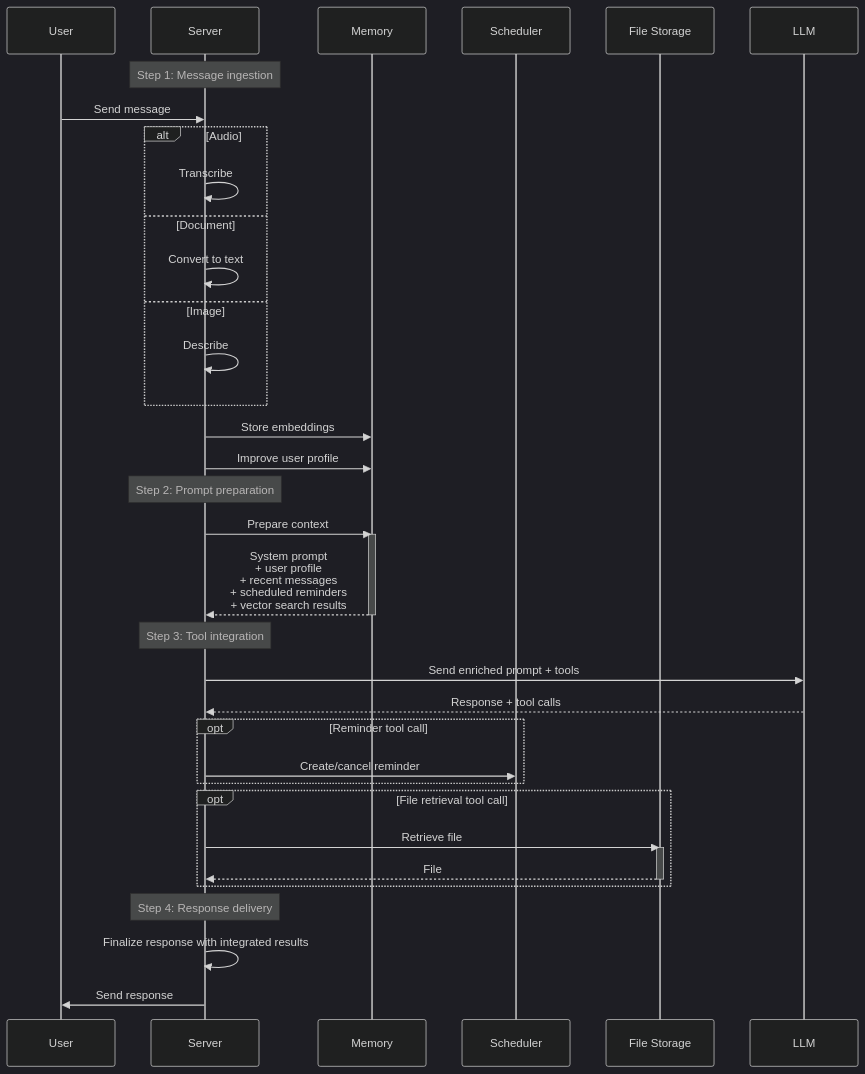
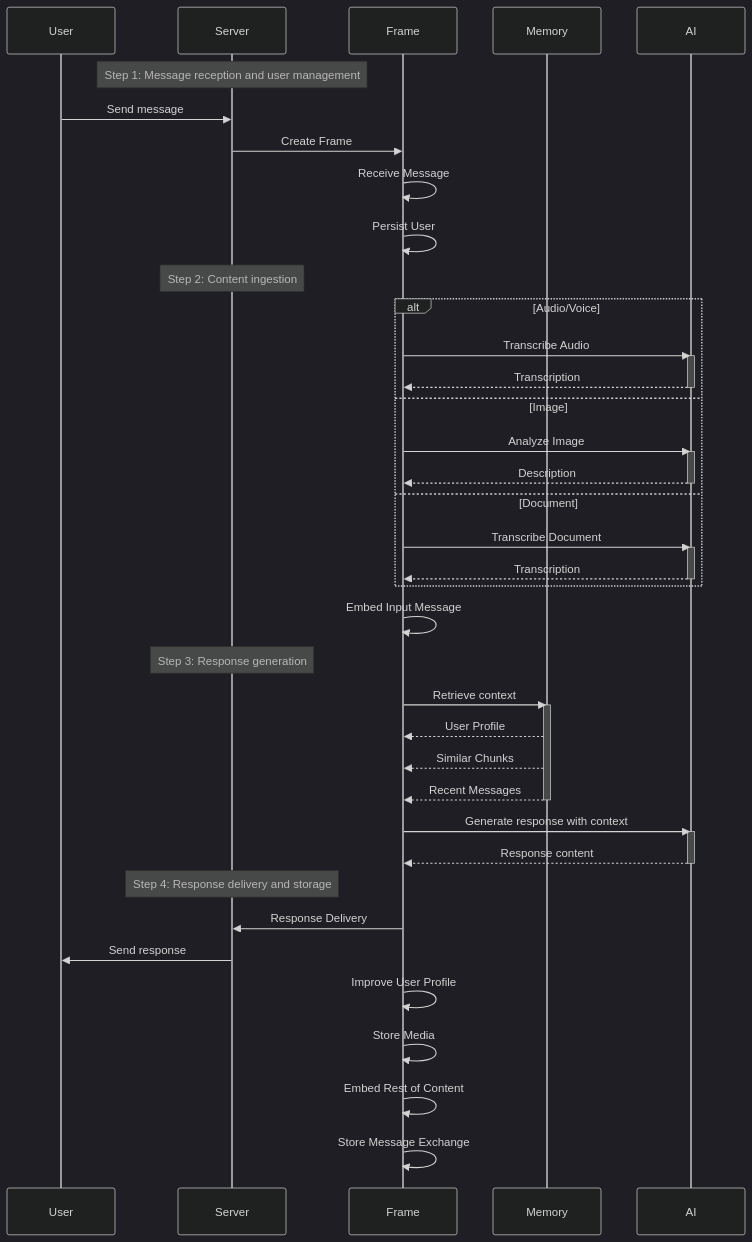
Before and after one commit to malbq/whatsapp-agents: the first of 4 diagrams in spec/features/agentWorkflow.md, drawn with Mermaid (dark theme). The commit also changed other lines of this file and 91 other files, not shown here.

````diff
--- a/spec/features/agentWorkflow.md
+++ b/spec/features/agentWorkflow.md
@@ -11,44 +11,53 @@
 ```mermaid
 sequenceDiagram
     participant U as User
     participant S as Server
+    participant F as Frame
     participant M as Memory
-    participant C as Scheduler
-    participant FS as File Storage
-    participant L as LLM
+    participant L as AI
 
-    Note over S: Step 1: Message ingestion
+    Note over S: Step 1: Message reception and user management
     U->>S: Send message
-    alt Audio
-        S->>S: Transcribe
+    S->>F: Create Frame
+    F->>F: Receive Message
+    F->>F: Persist User
+
+    Note over S: Step 2: Content ingestion
+    alt Audio/Voice
+        F->>L: Transcribe Audio
+        activate L
+        L-->>F: Transcription
+        deactivate L
+    else Image
+        F->>L: Analyze Image
+        activate L
+        L-->>F: Description
+        deactivate L
     else Document
-        S->>S: Convert to text
-    else Image
-        S->>S: Describe
+        F->>L: Transcribe Document
+        activate L
+        L-->>F: Transcription
+        deactivate L
     end
-    S->>M: Store embeddings
-    S->>M: Improve user profile
+    F->>F: Embed Input Message
 
-    Note over S: Step 2: Prompt preparation
-    S->>M: Prepare context
+    Note over S: Step 3: Response generation
+    F->>M: Retrieve context
     activate M
-    M-->>S: System prompt<br>+ user profile<br>+ recent messages<br>+ scheduled reminders<br>+ vector search results
+    M-->>F: User Profile
+    M-->>F: Similar Chunks
+    M-->>F: Recent Messages
     deactivate M
+    F->>L: Generate response with context
+    activate L
+    L-->>F: Response content
+    deactivate L
 
-    Note over S: Step 3: Tool integration
-    S->>L: Send enriched prompt + tools
-    L-->>S: Response + tool calls
-    opt Reminder tool call
-    S->>C: Create/cancel reminder
-    end
-    opt File retrieval tool call
-    S->>FS: Retrieve file
-    activate FS
-    FS-->>S: File
-    deactivate FS
-    end
-
-    Note over S: Step 4: Response delivery
-    S->>S: Finalize response with integrated results
+    Note over S: Step 4: Response delivery and storage
+    F->>S: Response Delivery
     S->>U: Send response
+    F->>F: Improve User Profile
+    F->>F: Store Media
+    F->>F: Embed Rest of Content
+    F->>F: Store Message Exchange
 ```
````
